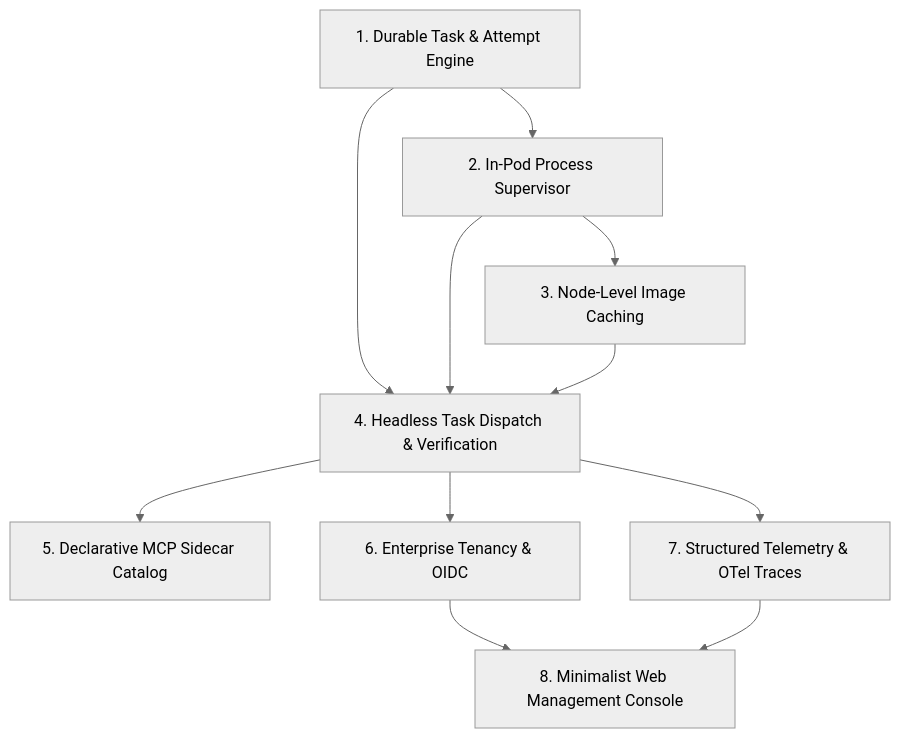
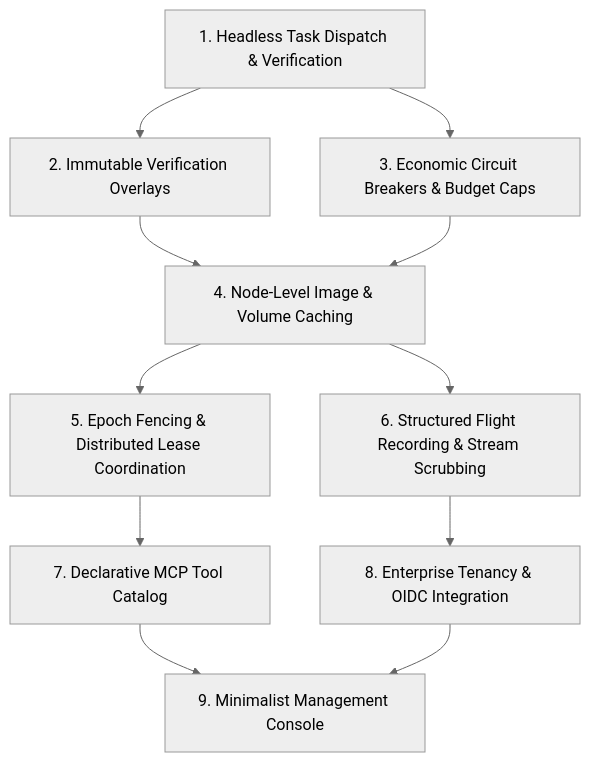
The second of 2 diagrams in docs/roadmap.md (hoangndst/buddy-sandboxes), drawn with Mermaid (neutral theme) before and after one commit. The commit also changed other lines of this file, not shown here.

Commit message:
docs(roadmap): update core capabilities and product roadmap

````diff
--- a/docs/roadmap.md
+++ b/docs/roadmap.md
@@ -98,13 +114,13 @@
 ```mermaid
 flowchart TD
-    M1["1. Durable Task & Attempt Engine"] --> M2["2. In-Pod Process Supervisor"]
-    M2 --> M3["3. Node-Level Image Caching"]
-    M1 --> M4["4. Headless Task Dispatch & Verification"]
-    M2 --> M4
-    M3 --> M4
-    M4 --> M5["5. Declarative MCP Sidecar Catalog"]
-    M4 --> M6["6. Enterprise Tenancy & OIDC"]
-    M4 --> M7["7. Structured Telemetry & OTel Traces"]
-    M6 --> M8["8. Minimalist Web Management Console"]
-    M7 --> M8
+    P1["1. Headless Task Dispatch & Verification"] --> P2["2. Immutable Verification Overlays"]
+    P1 --> P3["3. Economic Circuit Breakers & Budget Caps"]
+    P2 --> P4["4. Node-Level Image & Volume Caching"]
+    P3 --> P4
+    P4 --> P5["5. Epoch Fencing & Distributed Lease Coordination"]
+    P4 --> P6["6. Structured Flight Recording & Stream Scrubbing"]
+    P5 --> P7["7. Declarative MCP Tool Catalog"]
+    P6 --> P8["8. Enterprise Tenancy & OIDC Integration"]
+    P7 --> P9["9. Minimalist Management Console"]
+    P8 --> P9
 ```
````
